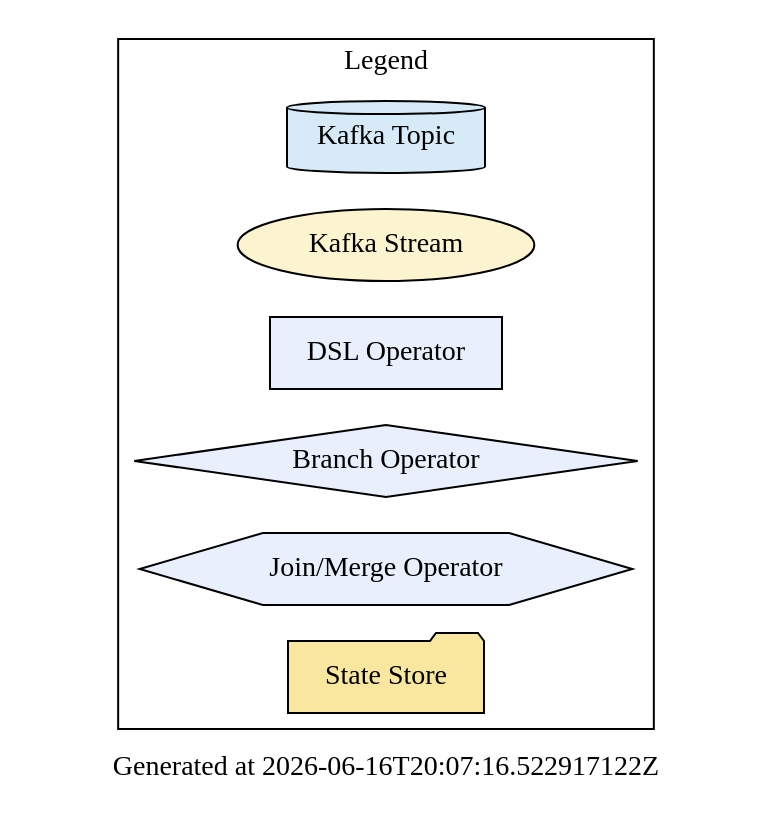
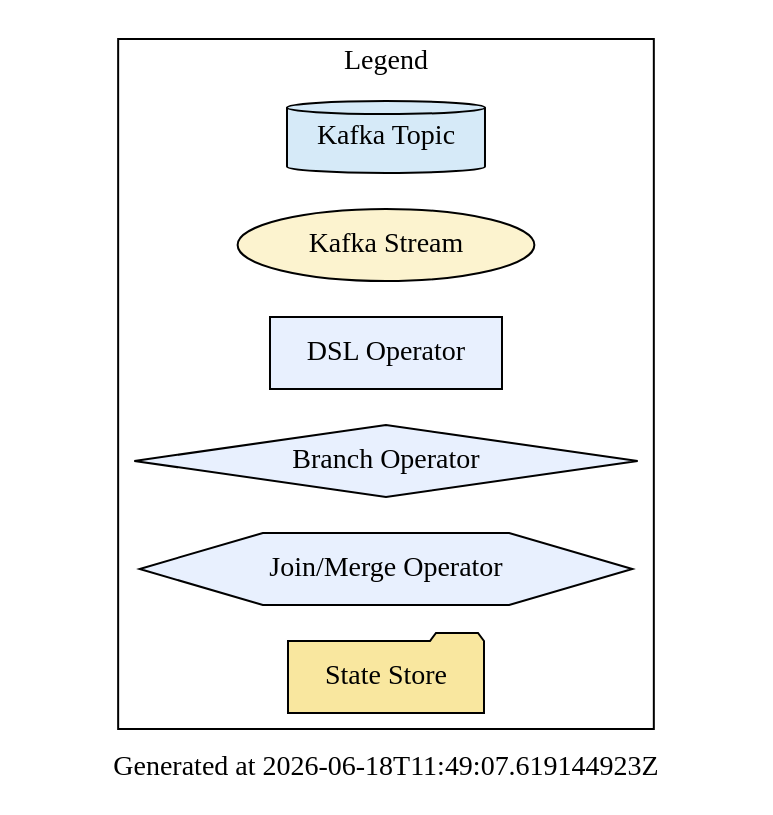
The diagram in policy-dsl-topology.dot (Coder2002-MSAdithya/kafka-streams-examples), drawn with Graphviz before and after one commit. The commit also changed 48 other files, not shown here.

```diff
--- a/policy-dsl-topology.dot
+++ b/policy-dsl-topology.dot
@@ -1,17 +1,17 @@
 digraph KafkaDsl {
   rankdir=LR;
 
   subgraph cluster_legend {
     label="Legend";
     keyTopic [label="Kafka Topic", shape="cylinder", style="filled", fillcolor="#D6EAF8"];
     keyStream [label="Kafka Stream", shape="ellipse", style="filled", fillcolor="#FCF3CF"];
     keyOperator [label="DSL Operator", shape="box", style="filled", fillcolor="#E8F0FE"];
     keyBranch [label="Branch Operator", shape="diamond", style="filled", fillcolor="#E8F0FE"];
     keyJoin [label="Join/Merge Operator", shape="hexagon", style="filled", fillcolor="#E8F0FE"];
     keyStore [label="State Store", shape="folder", style="filled", fillcolor="#F9E79F"];
   }
 
 
 
-  graph [label="Generated at 2026-06-16T20:07:16.522917122Z"];
+  graph [label="Generated at 2026-06-18T11:49:07.619144923Z"];
 }
```
